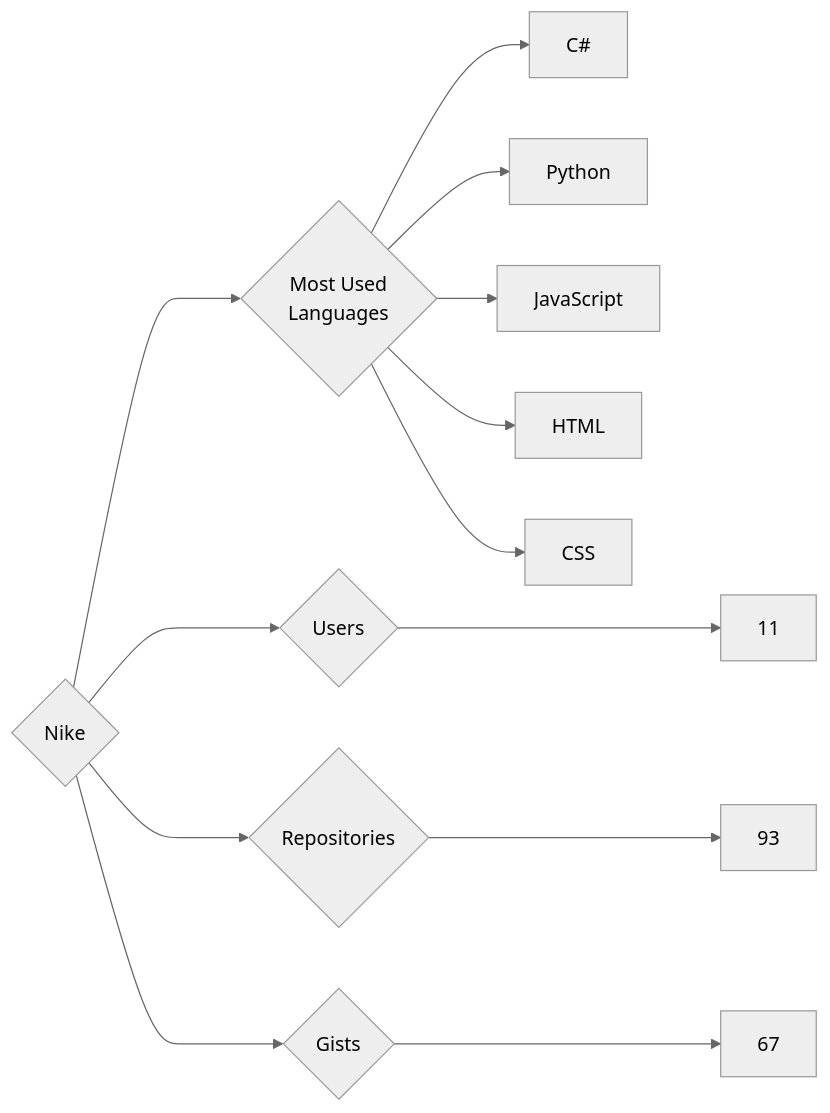
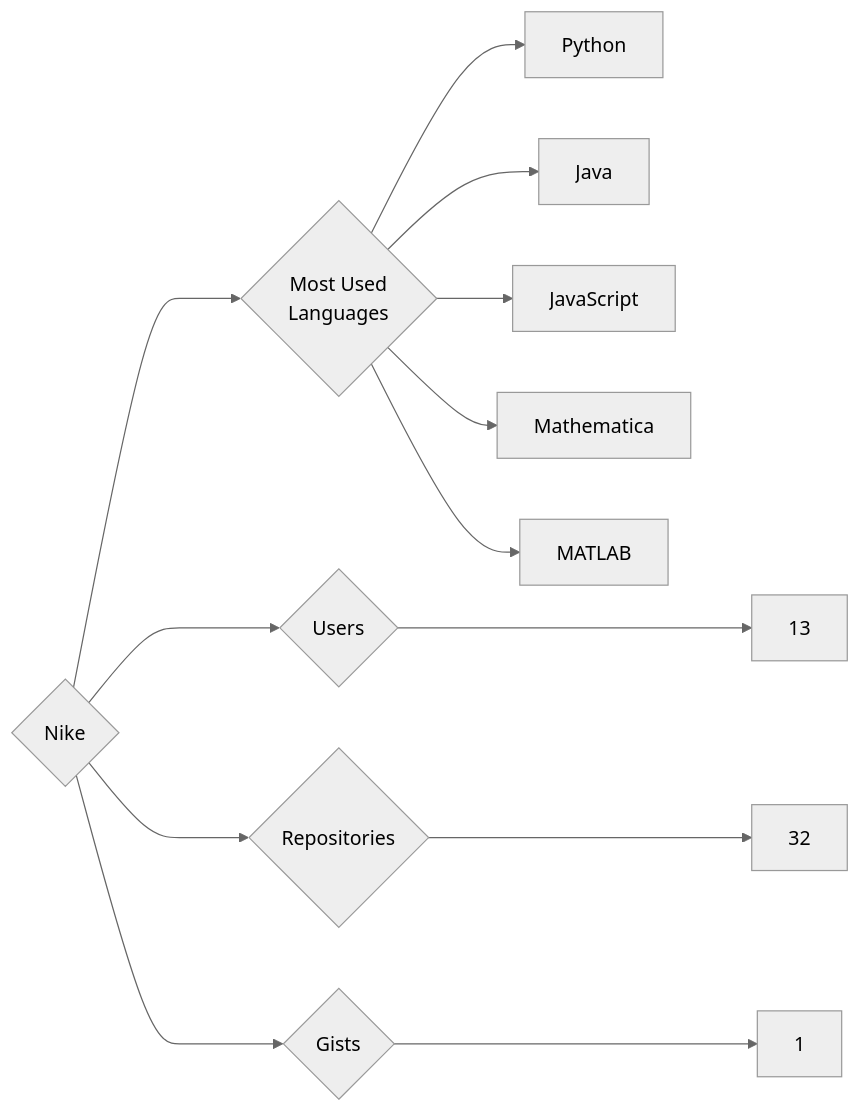
Before and after one commit to trickest/insiders: the diagram in targets/Nike/README.md, drawn with Mermaid (neutral theme). The commit also changed 877 other files, not shown here.

````diff
--- a/targets/Nike/README.md
+++ b/targets/Nike/README.md
@@ -3,13 +3,13 @@
 ```mermaid
 graph LR
 COMPANY_NAME{Nike}
-COMPANY_NAME ---> U{Users} ---> UN[11]
-COMPANY_NAME ---> R{Repositories} ---> RN[93]
-COMPANY_NAME ---> G{Gists} ---> GN[67]
+COMPANY_NAME ---> U{Users} ---> UN[13]
+COMPANY_NAME ---> R{Repositories} ---> RN[32]
+COMPANY_NAME ---> G{Gists} ---> GN[1]
 COMPANY_NAME ---> ML{Most Used<br>Languages}
-ML --> C#[C#]
 ML --> Python[Python]
+ML --> Java[Java]
 ML --> JavaScript[JavaScript]
-ML --> HTML[HTML]
-ML --> CSS[CSS]
+ML --> Mathematica[Mathematica]
+ML --> MATLAB[MATLAB]
 ```
````
